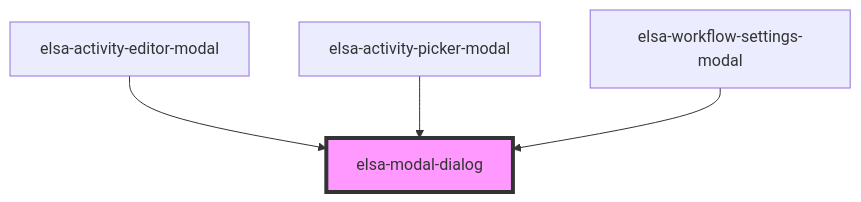
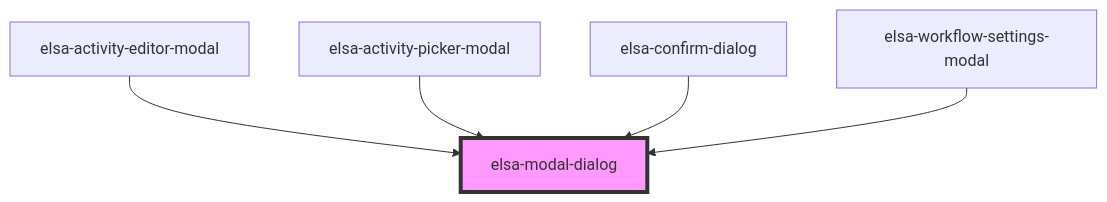
The diagram in src/designer/elsa-workflows-studio/src/components/shared/elsa-modal-dialog/readme.md (elsa-workflows/elsa-core), drawn with Mermaid before and after one commit. The commit also changed other lines of this file and 32 other files, not shown here.

````diff
--- a/src/designer/elsa-workflows-studio/src/components/shared/elsa-modal-dialog/readme.md
+++ b/src/designer/elsa-workflows-studio/src/components/shared/elsa-modal-dialog/readme.md
@@ -40,7 +41,8 @@
 ```mermaid
 graph TD;
   elsa-activity-editor-modal --> elsa-modal-dialog
   elsa-activity-picker-modal --> elsa-modal-dialog
+  elsa-confirm-dialog --> elsa-modal-dialog
   elsa-workflow-settings-modal --> elsa-modal-dialog
   style elsa-modal-dialog fill:#f9f,stroke:#333,stroke-width:4px
 ```
````
